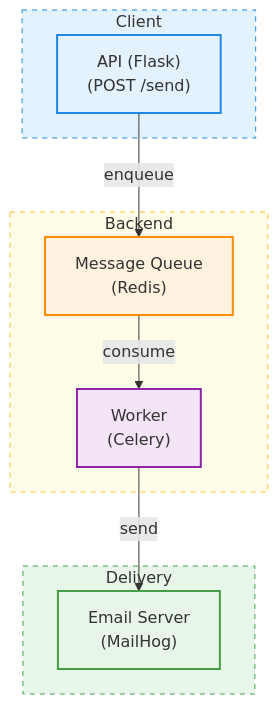
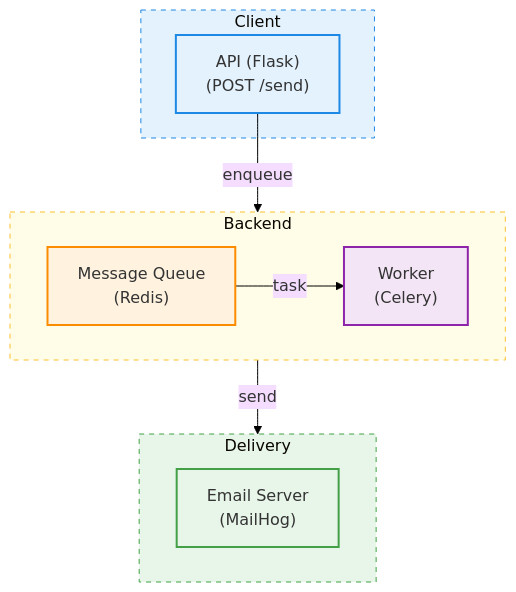
The diagram in notification_system/system_arch.md (sugiyama404/practice_infra_arch), drawn with Mermaid before and after one commit. The commit also changed 1 other file, not shown here.

Commit message:
Update system architecture diagram with improved formatting and flow

````diff
--- a/notification_system/system_arch.md
+++ b/notification_system/system_arch.md
@@ -1,30 +1,34 @@
 ```mermaid
+
+%%{init: {'theme': 'base', 'themeVariables': { 'background': '#ffffff' }}}%%
+
 graph TD;
 
     subgraph Client
-        A["API (Flask)\n(POST /send)"]
+        A["API (Flask)<br>(POST /send)"]
     end
 
     subgraph Backend
-        B["Message Queue\n(Redis)"]
-        C["Worker\n(Celery)"]
+        B["Message Queue<br>(Redis)"]
+        C["Worker<br>(Celery)"]
     end
 
     subgraph Delivery
-        D["Email Server\n(MailHog)"]
+        D["Email Server<br>(MailHog)"]
     end
 
     %% 矢印の流れ (縦方向)
-    A -->|enqueue| B -->|consume| C -->|send| D
+    A -->|enqueue| Backend -->|send| Delivery
+    B -->|task| C
 
     %% 色指定
     style A fill:#E3F2FD,stroke:#1E88E5,stroke-width:2px
     style B fill:#FFF3E0,stroke:#FB8C00,stroke-width:2px
     style C fill:#F3E5F5,stroke:#8E24AA,stroke-width:2px
     style D fill:#E8F5E9,stroke:#43A047,stroke-width:2px
 
     %% サブグラフの色（背景）
     style Client fill:#E3F2FD,stroke:#1E88E5,stroke-width:1px,stroke-dasharray: 5 5
     style Backend fill:#FFFDE7,stroke:#FBC02D,stroke-width:1px,stroke-dasharray: 5 5
     style Delivery fill:#E8F5E9,stroke:#43A047,stroke-width:1px,stroke-dasharray: 5 5
 ```
````
